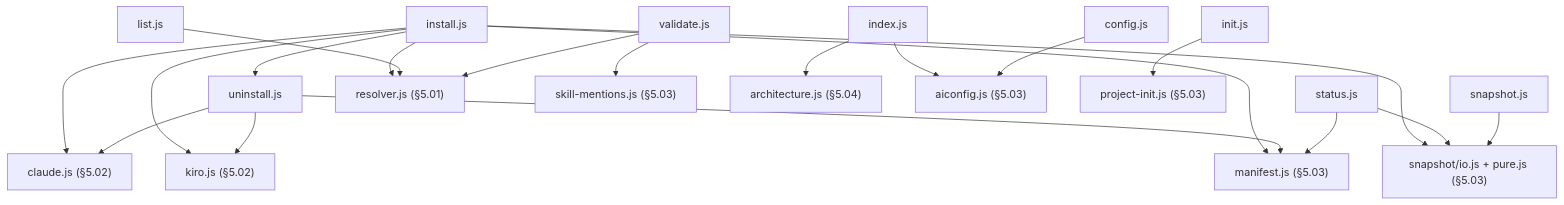
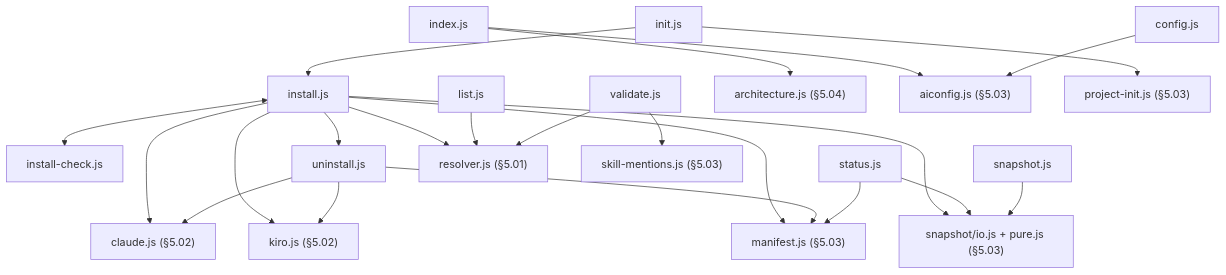
The diagram in docs/architecture/05_05_command_layer.md (starvoxel/ai-foundation), drawn with Mermaid before and after one commit. The commit also changed other lines of this file and 6 other files, not shown here.

````diff
--- a/docs/architecture/05_05_command_layer.md
+++ b/docs/architecture/05_05_command_layer.md
@@ -23,33 +24,36 @@
 ```mermaid
 graph TD
   Install["install.js"]
+  Check["install-check.js"]
   Uninstall["uninstall.js"]
   Status["status.js"]
   List["list.js"]
   Validate["validate.js"]
   Snapshot["snapshot.js"]
   Index["index.js"]
   Init["init.js"]
   Config["config.js"]
 
   Resolver["resolver.js (§5.01)"]
   SkillMentions["skill-mentions.js (§5.03)"]
   Manifest["manifest.js (§5.03)"]
   SnapLib["snapshot/io.js + pure.js (§5.03)"]
   Architecture["architecture.js (§5.04)"]
   AiConfig["aiconfig.js (§5.03)"]
   ProjInit["project-init.js (§5.03)"]
   Claude["claude.js (§5.02)"]
   Kiro["kiro.js (§5.02)"]
 
   Install --> Resolver & Claude & Kiro & Manifest & SnapLib
   Uninstall --> Manifest & Claude & Kiro
   Install --> Uninstall
+  Install <--> Check
+  Init --> Install
   Status --> Manifest & SnapLib
   List --> Resolver
   Validate --> Resolver & SkillMentions
   Snapshot --> SnapLib
   Index --> Architecture & AiConfig
   Init --> ProjInit
   Config --> AiConfig
 ```
````
